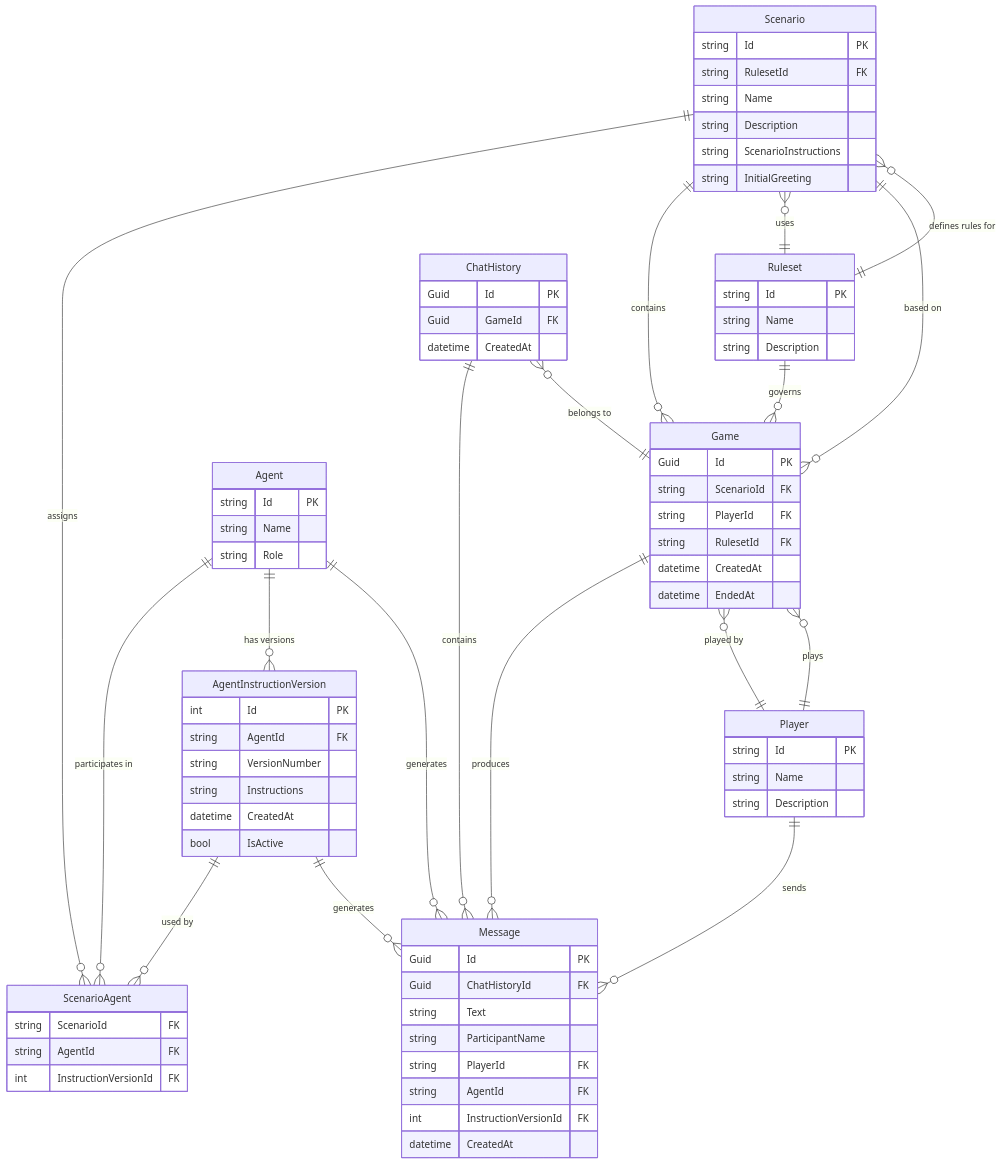
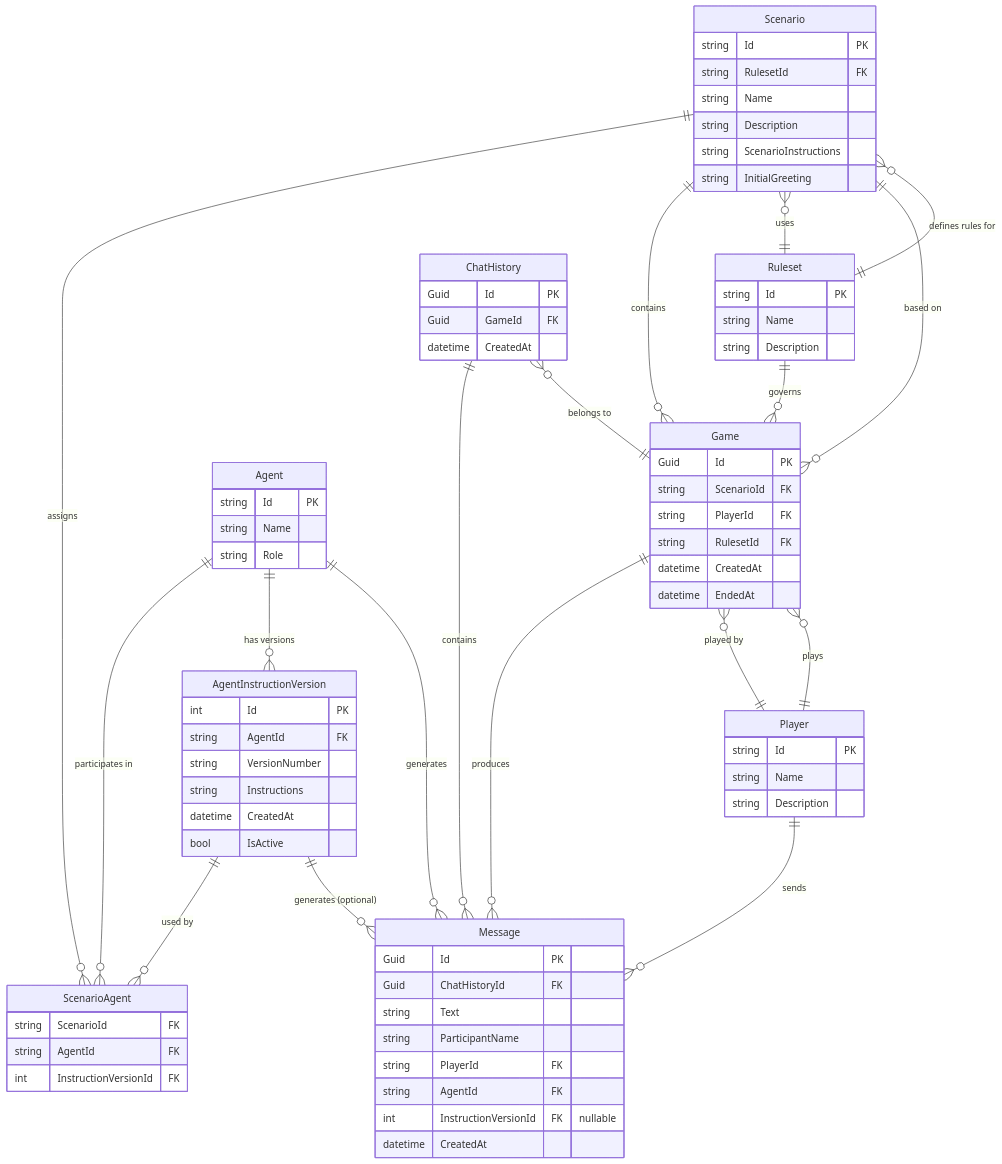
The diagram in SCHEMA.md (IntegerMan/JAIMES-AF), drawn with Mermaid before and after one commit. The commit also changed other lines of this file, not shown here.

Commit message:
Updates SCHEMA.md to clarify agent instruction version relationships and message attribution. Marks InstructionVersionId as nullable and adds a note on the enforcement of active instruction versions. These changes enhance the documentation for better understanding of the data model and its constraints.

```diff
--- a/SCHEMA.md
+++ b/SCHEMA.md
@@ -15,7 +15,7 @@
     Agent ||--o{ Message : "generates"
 
     AgentInstructionVersion ||--o{ ScenarioAgent : "used by"
-    AgentInstructionVersion ||--o{ Message : "generates"
+    AgentInstructionVersion ||--o{ Message : "generates (optional)"
 
     Game ||--o{ Message : "produces"
     Game }o--|| Player : "played by"
@@ -88,7 +88,7 @@
         string ParticipantName
         string PlayerId FK
         string AgentId FK
-        int InstructionVersionId FK
+        int InstructionVersionId FK "nullable"
         datetime CreatedAt
     }
 
```
